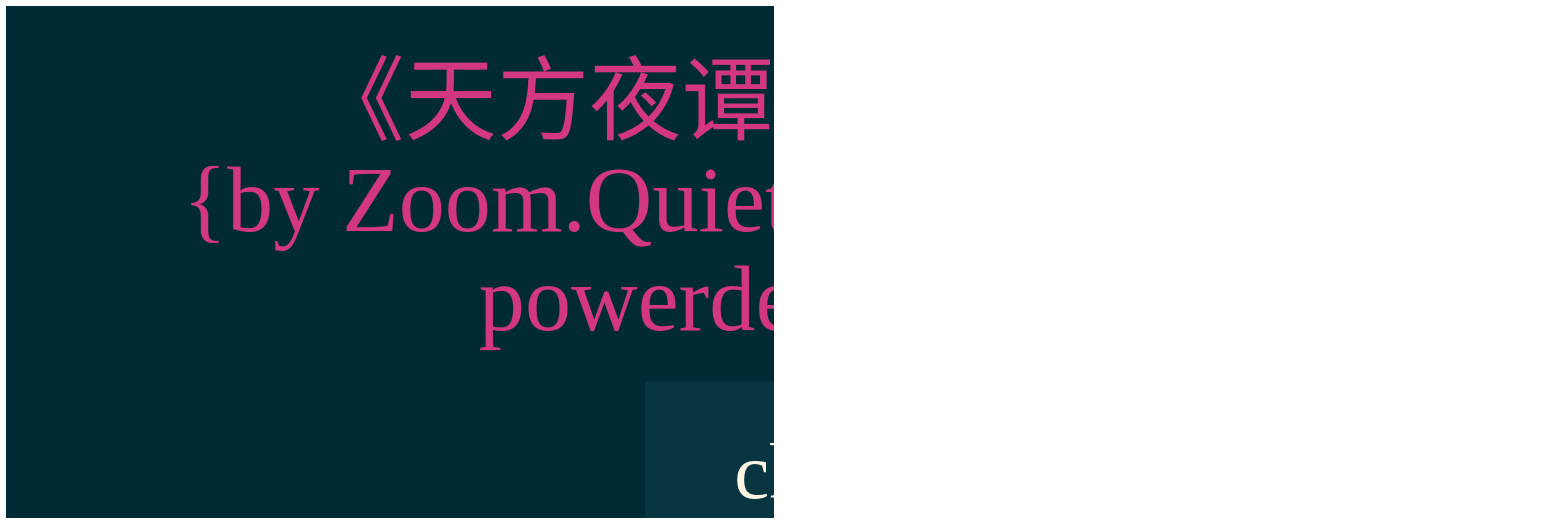
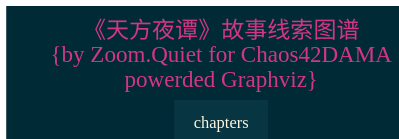
One commit to ZoomQuiet/ZoomQuiet.io changed the diagram in mapping/dot/Alf_layla_wa_layla/main_j2tpl.dot. Above: the diagram before and after it, drawn with Graphviz. The commit also changed 2 other files, not shown here.

```diff
--- a/mapping/dot/Alf_layla_wa_layla/main_j2tpl.dot
+++ b/mapping/dot/Alf_layla_wa_layla/main_j2tpl.dot
@@ -1,65 +1,65 @@
 digraph Alf_layla_wa_layla {
 /*生成命令:
 $ dot -Tjpeg Alf_layla_wa_layla0000.dot -o Alf_layla_wa_layla0000.jpg
  -Tcmapx -o map101camp1py_ch00.map
 $ python ../dotools/gen2htm4io101camp.py -t ../dotools/tpl_idx.htm -i "101camp1py ch0 知识点图谱" -d map101camp1py_ch00.dot -o map101camp1py_ch00.html
 
 ##############################################################################
 #   全局设定
 ##############################################################################
 */
     graph [label="《天方夜谭》故事线索图谱 \n{by Zoom.Quiet for Chaos42DAMA\n powerded Graphviz}"
         , fontsize=14.0
         , fontcolor="#D33682"
         , fontname="思源宋体 CN,Heavy"
 
         , labeljust="r",labelloc="t",center=1
         , ranksep=0.1,center=1,ratio=compress
         , rankdir=BT
         //, rankdir=LR
         , bgcolor="#002B36"
-        , dpi = 200  /* 300 600 1200 */
+        , dpi = 100  /* 200 300 600 1200 */
         , outputorder="edgesfirst"
         ];
 
-    node[fontsize=12.0,height=0.4
+    node[fontsize=10.0,height=0.4
         , style="filled,setlinewidth(0.5)"
         , fillcolor="#073642"
         , fontcolor="#FDF6E3"
         , color=gray
         , shape=plaintext
         , fontname="更纱黑体 Mono SC Nerd"
         ];
 
-    edge [fontsize=10.0
+    edge [fontsize=9.0
         , fontcolor="#EEE8D5"
         , color="#2AA198"
         , arrowsize=0.5,arrowhead=vee,arrowtail=none
         , style="setlinewidth(0.5)"
         ];
 
 /*
 ##############################################################################
 #   block relation
 ##############################################################################
 */
 
 
 {{ chapters }}
 
 
 ##############################################################################
 #   global relation
 ##############################################################################
 
 
     
 /*
     edge [style=invis];
     {mailme ZQ H2AQTSW}->PYC;
 
     title->ZQ;
     mailme->OBP;
 */
 
 }
```
